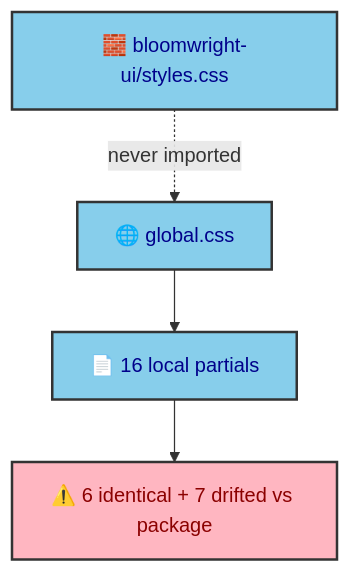
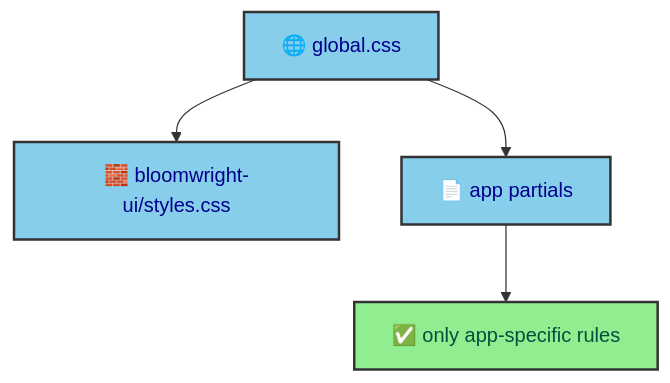
The diagram in src/thejournal/building_albertoduran/interface/css_architecture.mdx (duranalberto/albertoduran), drawn with Mermaid before and after one commit. The commit also changed other lines of this file and 210 other files, not shown here.

````diff
--- a/src/thejournal/building_albertoduran/interface/css_architecture.mdx
+++ b/src/thejournal/building_albertoduran/interface/css_architecture.mdx
@@ -52,11 +54,11 @@
 ```mermaid
 flowchart TD
-    Pkg["🧱 bloomwright-ui/styles.css"] -. "never imported" .-> App
-    App["🌐 global.css"] --> Local["📄 16 local partials"]
-    Local --> Dup["⚠️ 6 identical + 7 drifted vs package"]
+    App["🌐 global.css"] --> Pkg["🧱 bloomwright-ui/styles.css"]
+    App --> Local["📄 app partials"]
+    Local --> Own["✅ only app-specific rules"]
 
     classDef a fill:#87CEEB,stroke:#333,stroke-width:2px,color:darkblue
-    classDef b fill:#FFB6C1,stroke:#333,stroke-width:2px,color:darkred
+    classDef b fill:#90EE90,stroke:#333,stroke-width:2px,color:#064E3B
     class Pkg,App,Local a
-    class Dup b
+    class Own b
 ```
````
